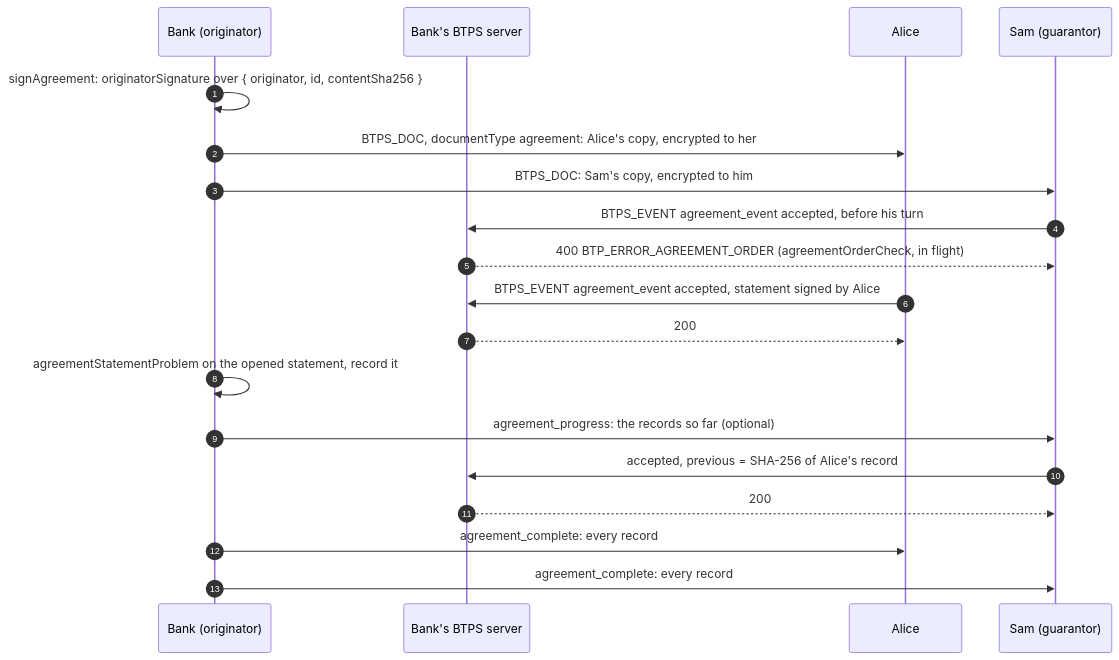
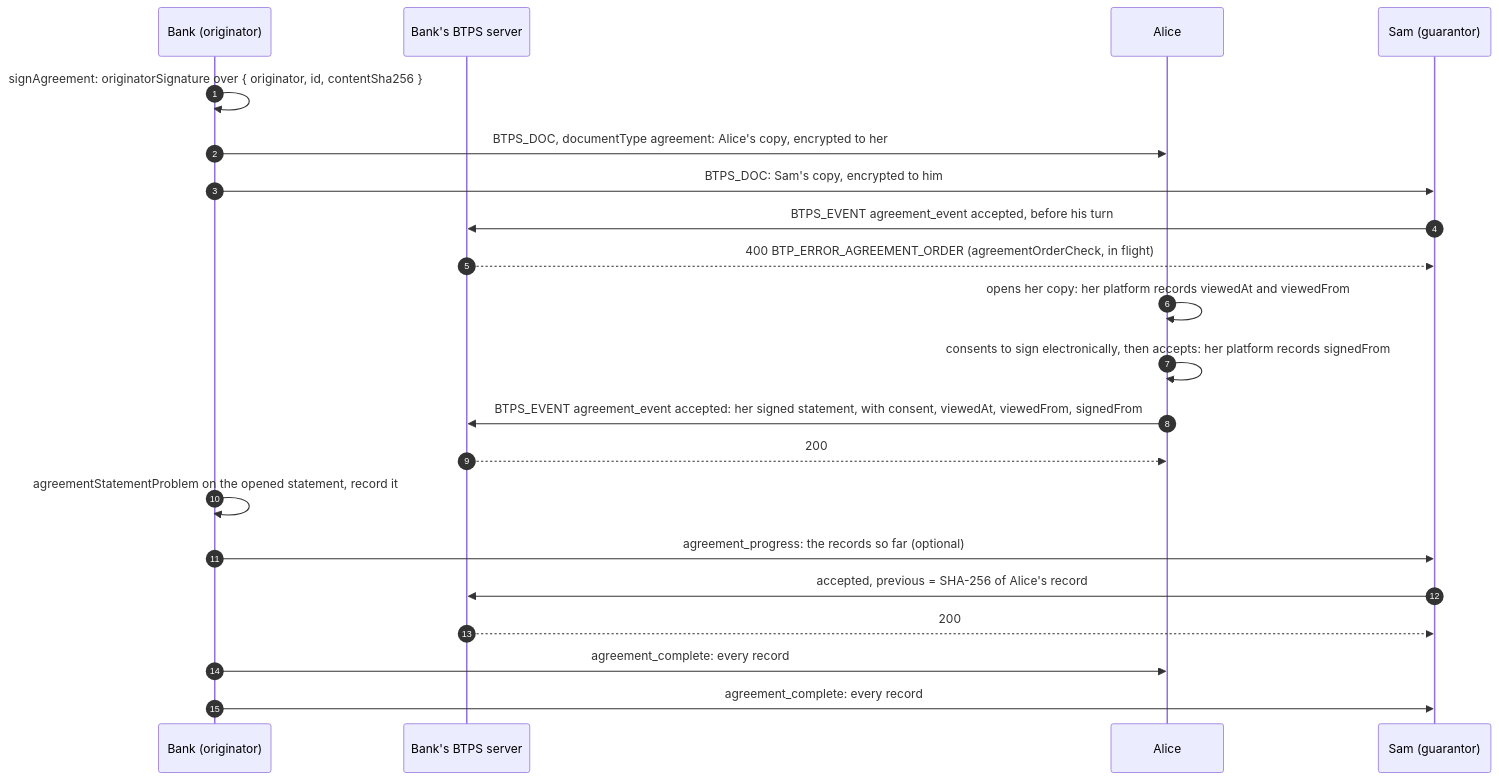
The diagram in docs/docusaurus/docs/features/agreements.md (openbtps/btps-node), drawn with Mermaid before and after one commit. The commit also changed other lines of this file and 3 other files, not shown here.

Commit message:
Docs: agreement examples and diagram carry consent, viewedAt, viewedFrom and signedFrom

````diff
--- a/docs/docusaurus/docs/features/agreements.md
+++ b/docs/docusaurus/docs/features/agreements.md
@@ -19,21 +19,23 @@
 ```mermaid
 sequenceDiagram
     autonumber
     participant B as Bank (originator)
     participant BS as Bank's BTPS server
     participant A as Alice
     participant S as Sam (guarantor)
     B->>B: signAgreement: originatorSignature over { originator, id, contentSha256 }
     B->>A: BTPS_DOC, documentType agreement: Alice's copy, encrypted to her
     B->>S: BTPS_DOC: Sam's copy, encrypted to him
     S->>BS: BTPS_EVENT agreement_event accepted, before his turn
     BS-->>S: 400 BTP_ERROR_AGREEMENT_ORDER (agreementOrderCheck, in flight)
-    A->>BS: BTPS_EVENT agreement_event accepted, statement signed by Alice
+    A->>A: opens her copy: her platform records viewedAt and viewedFrom
+    A->>A: consents to sign electronically, then accepts: her platform records signedFrom
+    A->>BS: BTPS_EVENT agreement_event accepted: her signed statement, with consent, viewedAt, viewedFrom, signedFrom
     BS-->>A: 200
     B->>B: agreementStatementProblem on the opened statement, record it
     B->>S: agreement_progress: the records so far (optional)
     S->>BS: accepted, previous = SHA-256 of Alice's record
     BS-->>S: 200
     B->>A: agreement_complete: every record
     B->>S: agreement_complete: every record
 ```
````
